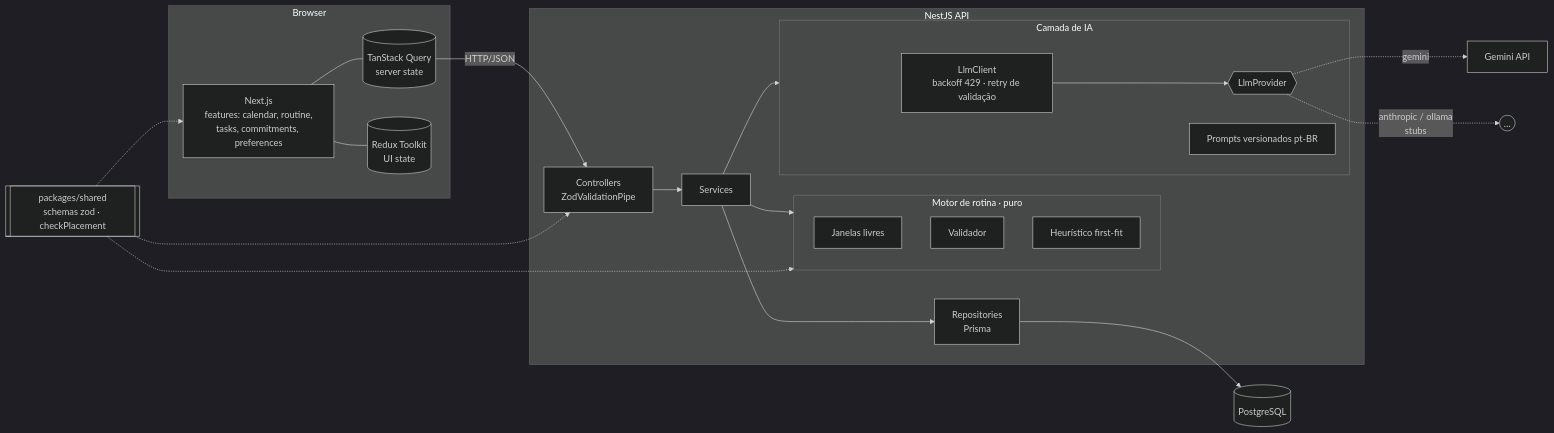
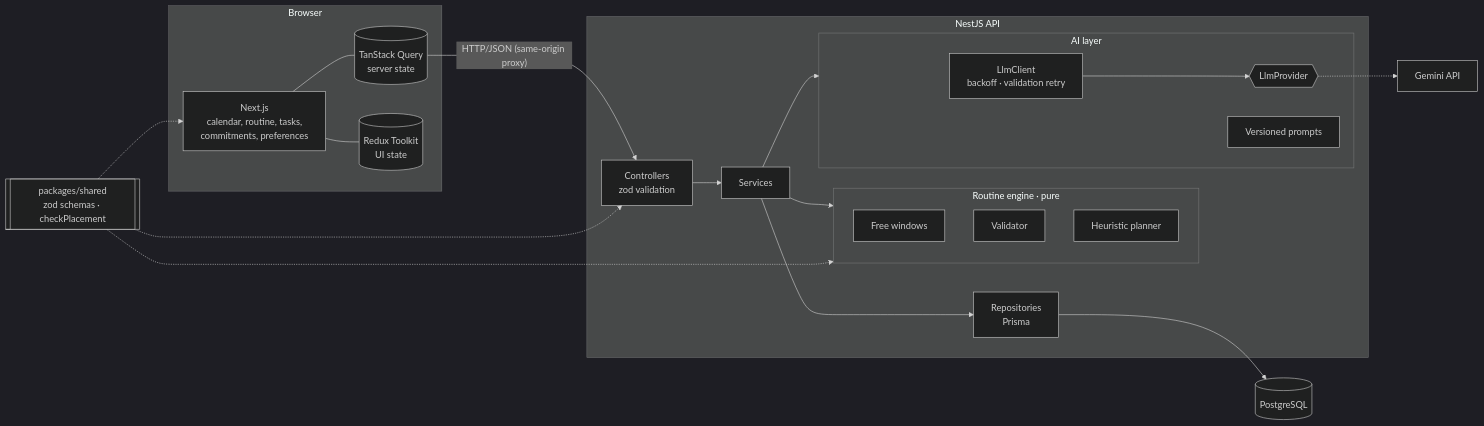
The first of 2 diagrams in README.md (Samuel-Davi/routinely), drawn with Mermaid (dark theme) before and after one commit. The commit also changed other lines of this file and 13 other files, not shown here.

````diff
--- a/README.md
+++ b/README.md
@@ -108,42 +100,41 @@
 ```mermaid
 flowchart LR
   subgraph Browser
-    UI[Next.js\nfeatures: calendar, routine,\ntasks, commitments, preferences]
-    RQ[(TanStack Query\nserver state)]
-    RX[(Redux Toolkit\nUI state)]
+    UI[Next.js<br/>calendar, routine, tasks,<br/>commitments, preferences]
+    RQ[(TanStack Query<br/>server state)]
+    RX[(Redux Toolkit<br/>UI state)]
     UI --- RQ
     UI --- RX
   end
 
   subgraph API[NestJS API]
-    C[Controllers\nZodValidationPipe]
+    C[Controllers<br/>zod validation]
     S[Services]
-    R[Repositories\nPrisma]
-    subgraph Engine[Motor de rotina · puro]
-      FW[Janelas livres]
-      V[Validador]
-      H[Heurístico first-fit]
+    R[Repositories<br/>Prisma]
+    subgraph Engine[Routine engine · pure]
+      FW[Free windows]
+      V[Validator]
+      H[Heuristic planner]
     end
-    subgraph AI[Camada de IA]
-      LC[LlmClient\nbackoff 429 · retry de validação]
+    subgraph AI[AI layer]
+      LC[LlmClient<br/>backoff · validation retry]
       P{{LlmProvider}}
-      PR[Prompts versionados pt-BR]
+      PR[Versioned prompts]
     end
     C --> S --> R
     S --> Engine
     S --> AI
     LC --> P
   end
 
-  SH[[packages/shared\nschemas zod · checkPlacement]]
+  SH[[packages/shared<br/>zod schemas · checkPlacement]]
   DB[(PostgreSQL)]
   G[Gemini API]
 
-  RQ -- HTTP/JSON --> C
+  RQ -- "HTTP/JSON (same-origin proxy)" --> C
   R --> DB
-  P -. gemini .-> G
-  P -. anthropic / ollama\nstubs .-> X((…))
+  P -.-> G
   SH -.-> UI
   SH -.-> C
   SH -.-> Engine
 ```
````
